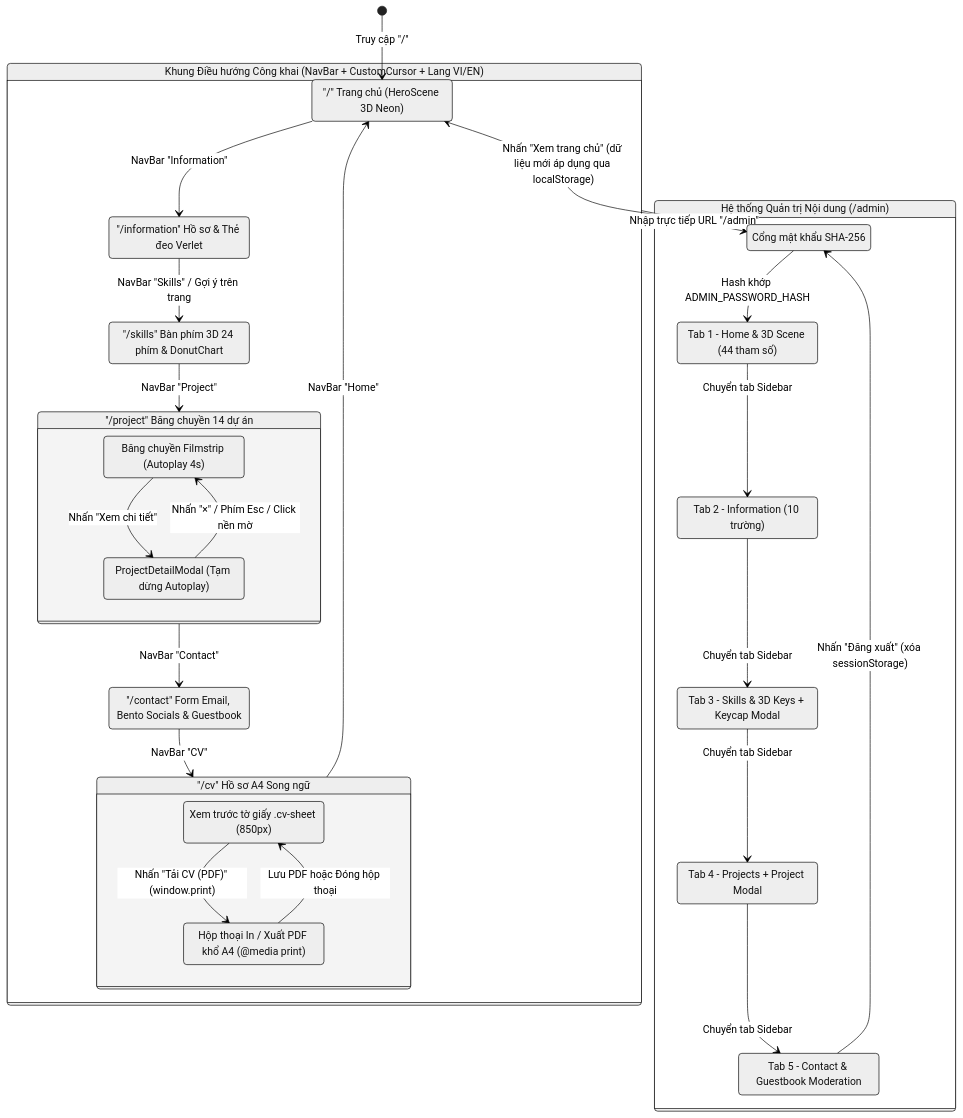
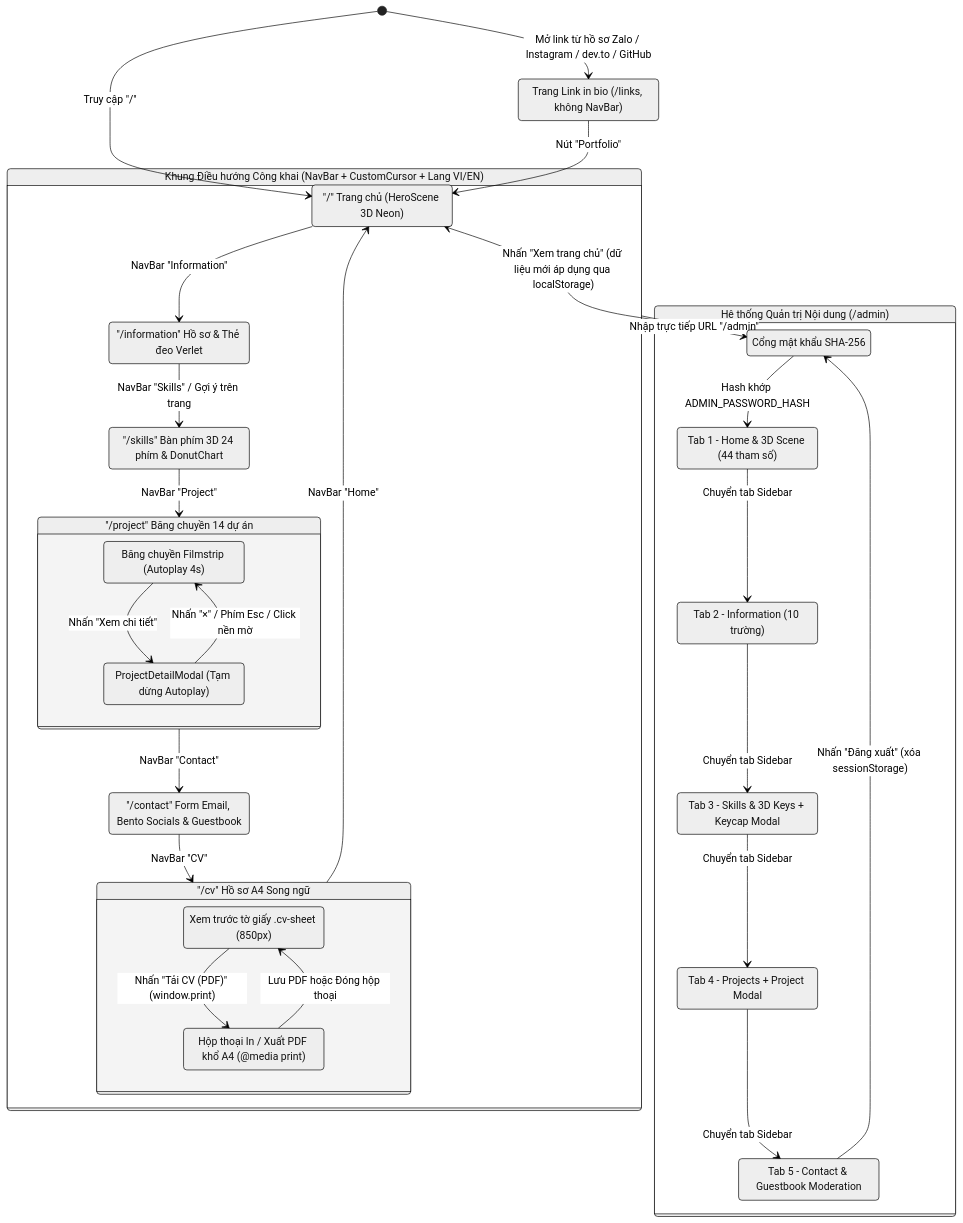
Before and after one commit to Tthanh2k6/Portfolio: the fourth of 4 diagrams in CODEBASE.md, drawn with Mermaid (neutral theme). The commit also changed other lines of this file and 1 other file, not shown here.

First line of the commit message:
docs: document the /links page

````diff
--- a/CODEBASE.md
+++ b/CODEBASE.md
@@ -925,53 +942,57 @@
 ```mermaid
 stateDiagram-v2
     [*] --> Home: Truy cập "/"
 
     state "Khung Điều hướng Công khai (NavBar + CustomCursor + Lang VI/EN)" as PublicShell {
         Home: "/" Trang chủ (HeroScene 3D Neon)
         Info: "/information" Hồ sơ & Thẻ đeo Verlet
         Skills: "/skills" Bàn phím 3D 24 phím & DonutChart
         Project: "/project" Băng chuyền 14 dự án
         Contact: "/contact" Form Email, Bento Socials & Guestbook
         CV: "/cv" Hồ sơ A4 Song ngữ
 
         state Project {
             CarouselView: Băng chuyền Filmstrip (Autoplay 4s)
             DetailModal: ProjectDetailModal (Tạm dừng Autoplay)
             CarouselView --> DetailModal: Nhấn "Xem chi tiết"
             DetailModal --> CarouselView: Nhấn "×" / Phím Esc / Click nền mờ
         }
 
         state CV {
             ScreenPreview: Xem trước tờ giấy .cv-sheet (850px)
             PrintDialog: Hộp thoại In / Xuất PDF khổ A4 (@media print)
             ScreenPreview --> PrintDialog: Nhấn "Tải CV (PDF)" (window.print)
             PrintDialog --> ScreenPreview: Lưu PDF hoặc Đóng hộp thoại
         }
 
         Home --> Info: NavBar "Information"
         Info --> Skills: NavBar "Skills" / Gợi ý trên trang
         Skills --> Project: NavBar "Project"
         Project --> Contact: NavBar "Contact"
         Contact --> CV: NavBar "CV"
         CV --> Home: NavBar "Home"
     }
 
     state "Hệ thống Quản trị Nội dung (/admin)" as AdminFlow {
         LoginGate: Cổng mật khẩu SHA-256
         TabHome: Tab 1 - Home & 3D Scene (44 tham số)
         TabInfo: Tab 2 - Information (10 trường)
         TabSkills: Tab 3 - Skills & 3D Keys + Keycap Modal
         TabProjects: Tab 4 - Projects + Project Modal
         TabContact: Tab 5 - Contact & Guestbook Moderation
 
         LoginGate --> TabHome: Hash khớp ADMIN_PASSWORD_HASH
         TabHome --> TabInfo: Chuyển tab Sidebar
         TabInfo --> TabSkills: Chuyển tab Sidebar
         TabSkills --> TabProjects: Chuyển tab Sidebar
         TabProjects --> TabContact: Chuyển tab Sidebar
         TabContact --> LoginGate: Nhấn "Đăng xuất" (xóa sessionStorage)
     }
 
+    state "Trang Link in bio (/links, không NavBar)" as LinksPage
+    [*] --> LinksPage: Mở link từ hồ sơ Zalo / Instagram / dev.to / GitHub
+    LinksPage --> Home: Nút "Portfolio"
+
     PublicShell --> LoginGate: Nhập trực tiếp URL "/admin"
     AdminFlow --> Home: Nhấn "Xem trang chủ" (dữ liệu mới áp dụng qua localStorage)
 ```
````
